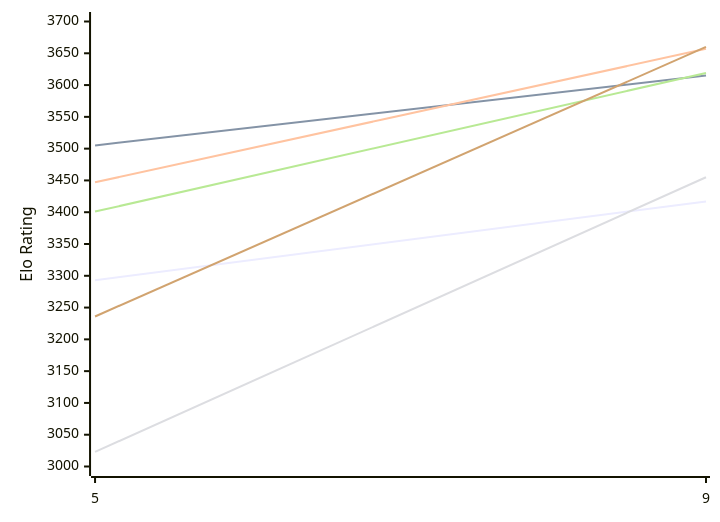
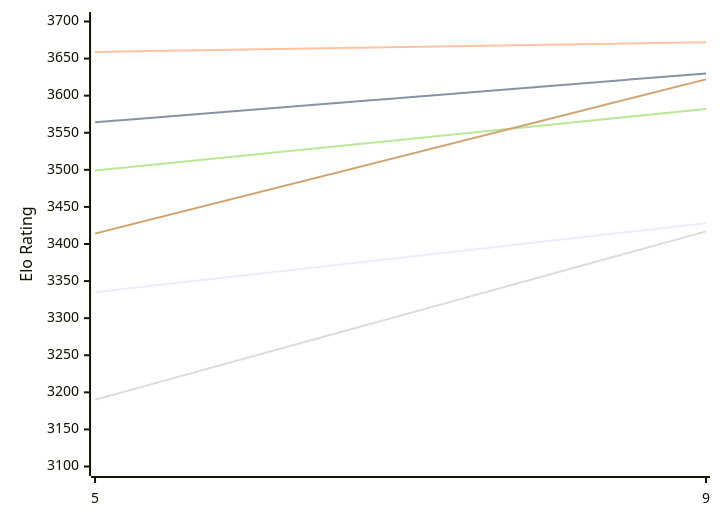
Before and after one commit to computer-chess-index/cci: the first of 2 diagrams in engines/Crystal.md, drawn with Mermaid. The commit also changed other lines of this file, not shown here.

Commit message:
Update CCI Ratings (ELO VLTC) - 2026-11-14

````diff
--- a/engines/Crystal.md
+++ b/engines/Crystal.md
@@ -50,12 +50,12 @@
 ```mermaid
 %%{init: {"theme":"base","themeVariables":{"seriesColors:['#a3a3a3','#222221','#faa371']}}}%%
 xychart-beta
   x-axis ["5", "9"]
-  y-axis "Elo Rating" 3000 --> 3700
-  line "E1: STC (8.0+0.08s)" [3293, 3417]
-  line "E1: LTC (60.0+0.60s)" [3505, 3615]
-  line "E1: VLTC (2m24s+1.12s)" [3447, 3657]
-  line "P1: STC (8.0+0.08s)" [3023, 3455]
-  line "P1: LTC (60.0+0.60s)" [3401, 3619]
-  line "P1: VLTC (2m24s+1.12s)" [3236, 3660]
+  y-axis "Elo Rating" 3100 --> 3700
+  line "E1: STC (8.0+0.08s)" [3335, 3428]
+  line "E1: LTC (60.0+0.60s)" [3564, 3630]
+  line "E1: VLTC (2m24s+1.12s)" [3659, 3672]
+  line "P1: STC (8.0+0.08s)" [3190, 3417]
+  line "P1: LTC (60.0+0.60s)" [3499, 3582]
+  line "P1: VLTC (2m24s+1.12s)" [3414, 3622]
 ```
````
